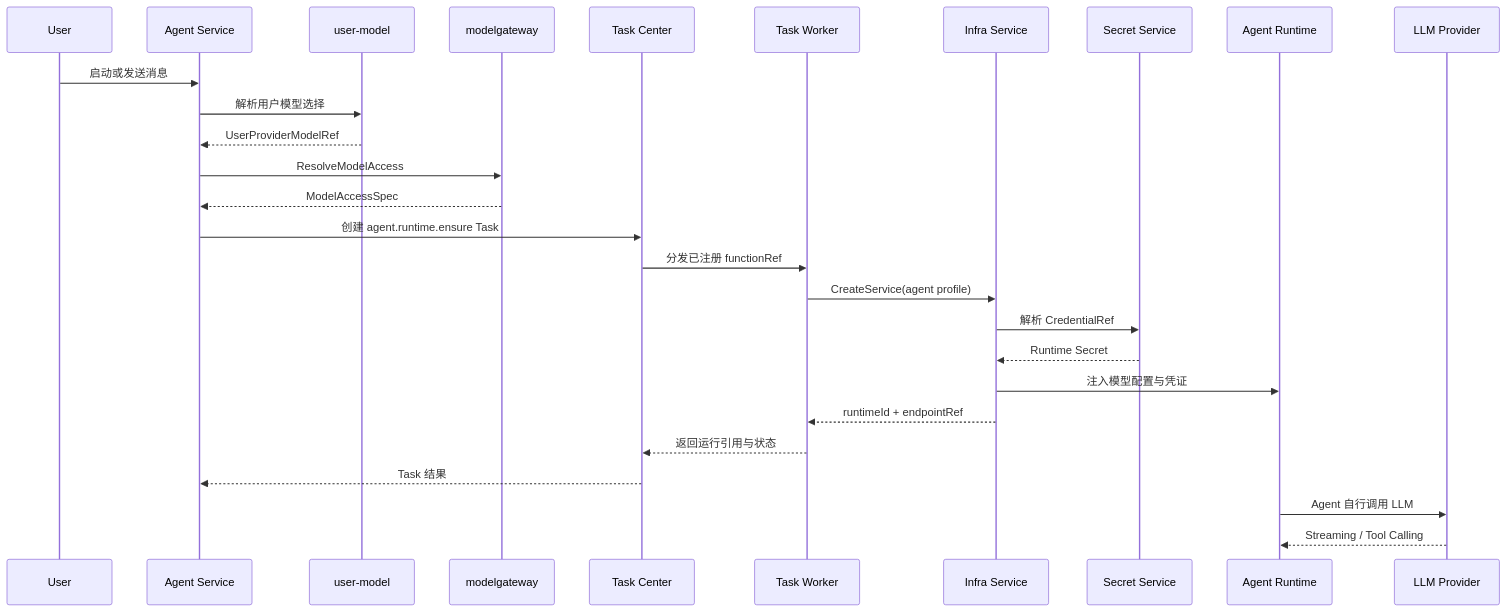
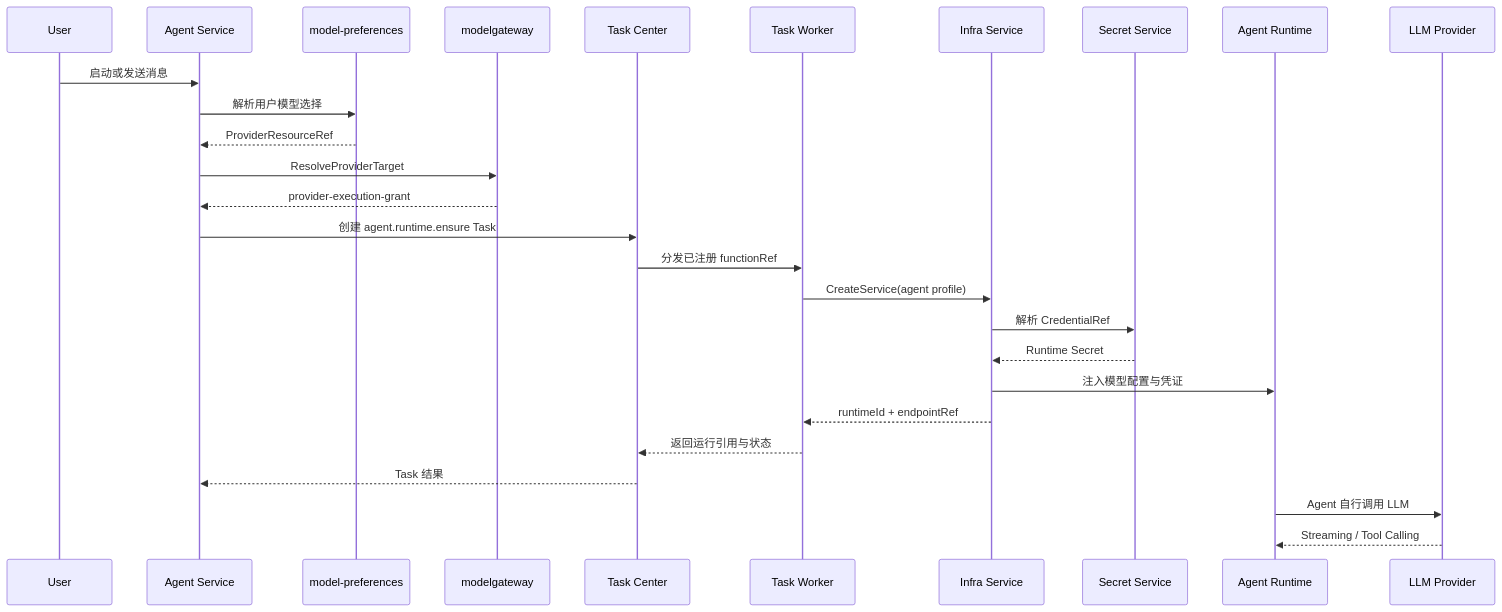
One commit to wangweihong/omnimam-spec changed the first of 9 diagrams in 00_product/domains/agent/product-spec.md. Above: the diagram before and after it, drawn with Mermaid. The commit also changed other lines of this file and 67 other files, not shown here.

Commit message:
spec: implement unified provider account architecture

````diff
--- a/00_product/domains/agent/product-spec.md
+++ b/00_product/domains/agent/product-spec.md
@@ -158,33 +158,33 @@
 ```mermaid
 sequenceDiagram
     participant U as User
     participant AS as Agent Service
-    participant MM as user-model
+    participant MM as model-preferences
     participant MG as modelgateway
     participant TC as Task Center
     participant TW as Task Worker
     participant IS as Infra Service
     participant SEC as Secret Service
     participant AR as Agent Runtime
     participant LLM as LLM Provider
 
     U->>AS: 启动或发送消息
     AS->>MM: 解析用户模型选择
-    MM-->>AS: UserProviderModelRef
+    MM-->>AS: ProviderResourceRef
 
-    AS->>MG: ResolveModelAccess
-    MG-->>AS: ModelAccessSpec
+    AS->>MG: ResolveProviderTarget
+    MG-->>AS: provider-execution-grant
 
     AS->>TC: 创建 agent.runtime.ensure Task
     TC->>TW: 分发已注册 functionRef
     TW->>IS: CreateService(agent profile)
     IS->>SEC: 解析 CredentialRef
     SEC-->>IS: Runtime Secret
     IS->>AR: 注入模型配置与凭证
     IS-->>TW: runtimeId + endpointRef
     TW-->>TC: 返回运行引用与状态
     TC-->>AS: Task 结果
 
     AR->>LLM: Agent 自行调用 LLM
     LLM-->>AR: Streaming / Tool Calling
 ```
````
